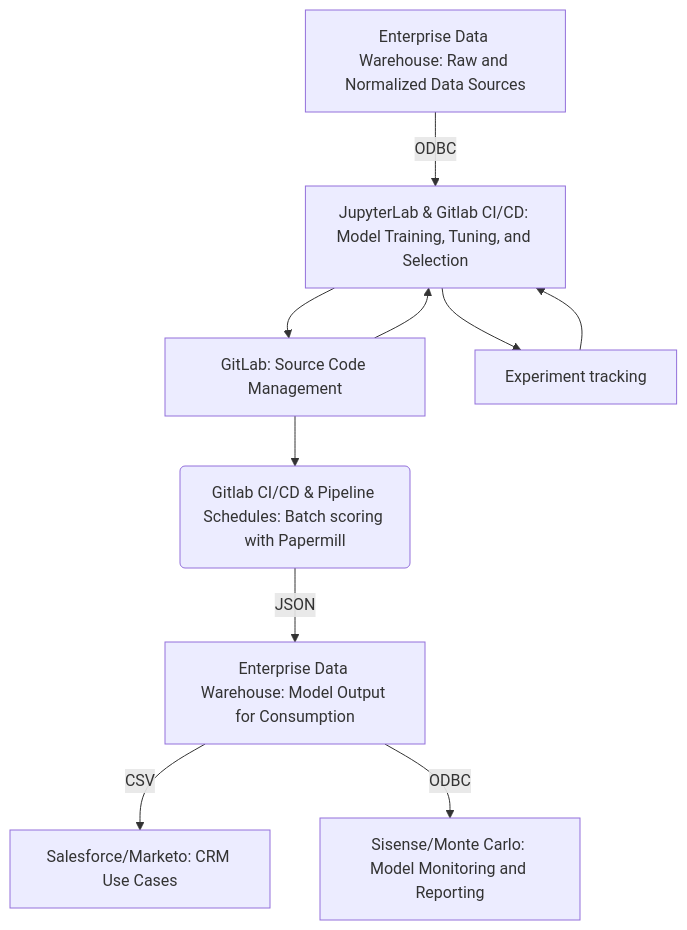
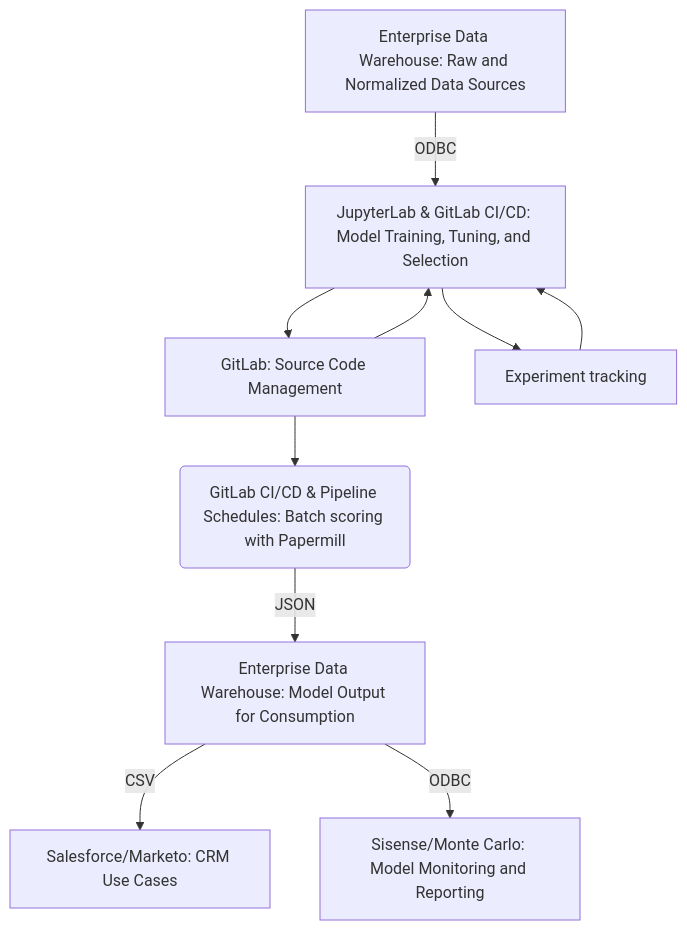
The second of 2 diagrams in content/handbook/business-technology/data-team/organization/data-science/_index.md (secretstartups/handbook), drawn with Mermaid before and after one commit. The commit also changed other lines of this file and 31 other files, not shown here.

Commit message:
Reword Gitlab to GitLab

````diff
--- a/content/handbook/business-technology/data-team/organization/data-science/_index.md
+++ b/content/handbook/business-technology/data-team/organization/data-science/_index.md
@@ -257,20 +257,20 @@
 ```mermaid
 graph 
     A[Enterprise Data Warehouse: Raw and Normalized Data Sources]
-    B[JupyterLab & Gitlab CI/CD: Model Training, Tuning, and Selection]
-    C(Gitlab CI/CD & Pipeline Schedules: Batch scoring with Papermill)
+    B[JupyterLab & GitLab CI/CD: Model Training, Tuning, and Selection]
+    C(GitLab CI/CD & Pipeline Schedules: Batch scoring with Papermill)
     F[Enterprise Data Warehouse: Model Output for Consumption]
     D[Salesforce/Marketo: CRM Use Cases]
     E[Sisense/Monte Carlo: Model Monitoring and Reporting]
     G[GitLab: Source Code Management]
     H[Experiment tracking]
     A --> |ODBC| B
     B --> H
     H --> B
     B --> G
     G --> B
     G --> C
     C --> |JSON| F
     F --> |CSV| D
     F --> |ODBC| E
 ```
````
